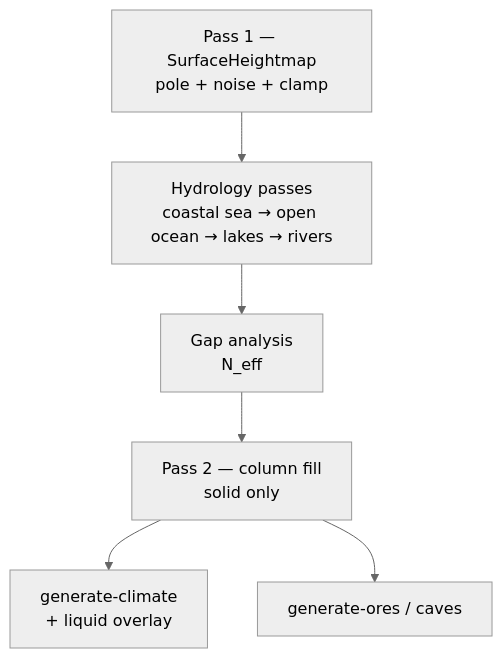
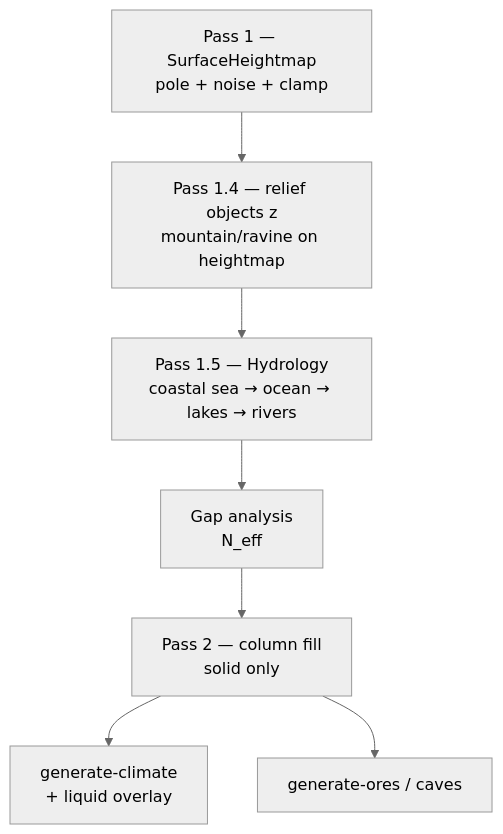
One commit to AndrewBondaren/AI-Project changed the first of 6 diagrams in docs/tz_terrain_hydrology.md. Above: the diagram before and after it, drawn with Mermaid (neutral theme). The commit also changed other lines of this file and 25 other files, not shown here.

````diff
--- a/docs/tz_terrain_hydrology.md
+++ b/docs/tz_terrain_hydrology.md
@@ -79,12 +79,13 @@
 ```mermaid
 flowchart TB
   P1["Pass 1 — SurfaceHeightmap\npole + noise + clamp"]
-  HY["Hydrology passes\ncoastal sea → open ocean → lakes → rivers"]
+  R4["Pass 1.4 — relief objects z\nmountain/ravine on heightmap"]
+  HY["Pass 1.5 — Hydrology\ncoastal sea → ocean → lakes → rivers"]
   GA["Gap analysis\nN_eff"]
   P2["Pass 2 — column fill\nsolid only"]
   CL["generate-climate\n+ liquid overlay"]
   OR["generate-ores / caves"]
 
-  P1 --> HY --> GA --> P2 --> CL
+  P1 --> R4 --> HY --> GA --> P2 --> CL
   P2 --> OR
 ```
````
